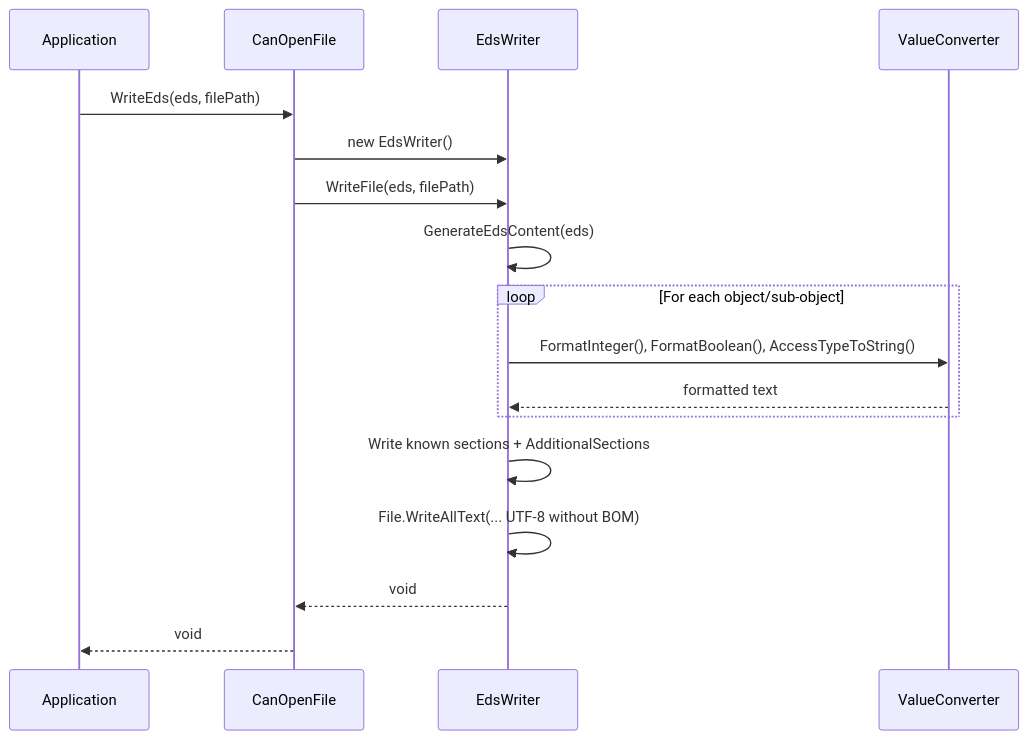
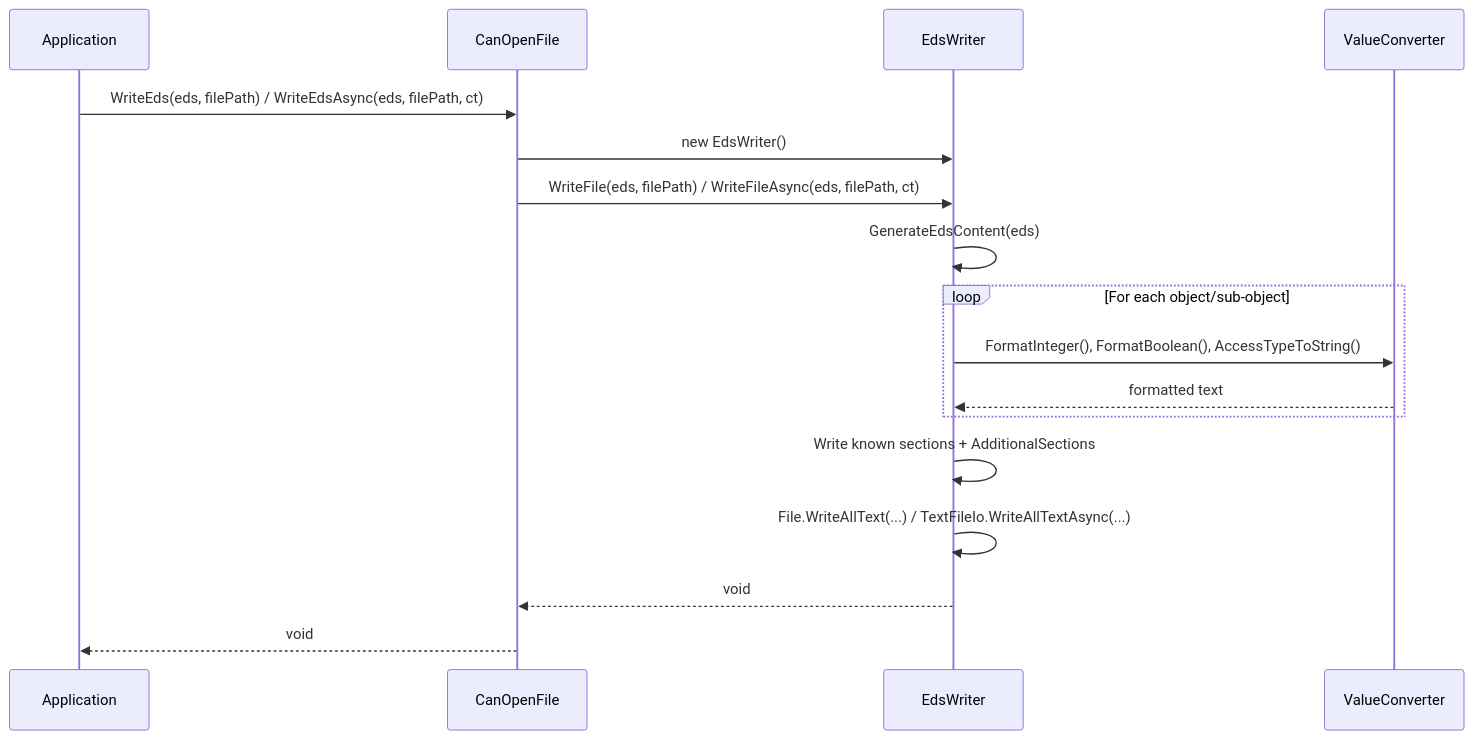
The third of 8 diagrams in docs/architecture/06-runtime-view.md (dborgards/eds-dcf-net), drawn with Mermaid before and after one commit. The commit also changed other lines of this file and 27 other files, not shown here.

First line of the commit message:
feat(io): add async read/write APIs for CANopen files (#94)

````diff
--- a/docs/architecture/06-runtime-view.md
+++ b/docs/architecture/06-runtime-view.md
@@ -49,22 +53,22 @@
 ```mermaid
 sequenceDiagram
     participant App as Application
     participant CF as CanOpenFile
     participant EW as EdsWriter
     participant VC as ValueConverter
 
-    App->>CF: WriteEds(eds, filePath)
+    App->>CF: WriteEds(eds, filePath) / WriteEdsAsync(eds, filePath, ct)
     CF->>EW: new EdsWriter()
-    CF->>EW: WriteFile(eds, filePath)
+    CF->>EW: WriteFile(eds, filePath) / WriteFileAsync(eds, filePath, ct)
     EW->>EW: GenerateEdsContent(eds)
 
     loop For each object/sub-object
         EW->>VC: FormatInteger(), FormatBoolean(), AccessTypeToString()
         VC-->>EW: formatted text
     end
 
     EW->>EW: Write known sections + AdditionalSections
-    EW->>EW: File.WriteAllText(... UTF-8 without BOM)
+    EW->>EW: File.WriteAllText(...) / TextFileIo.WriteAllTextAsync(...)
     EW-->>CF: void
     CF-->>App: void
 ```
````
